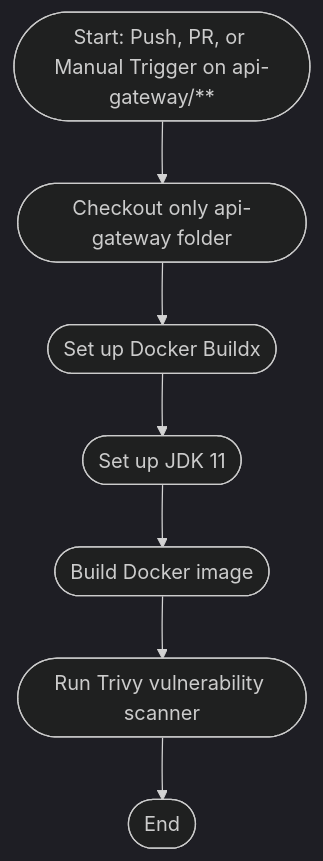
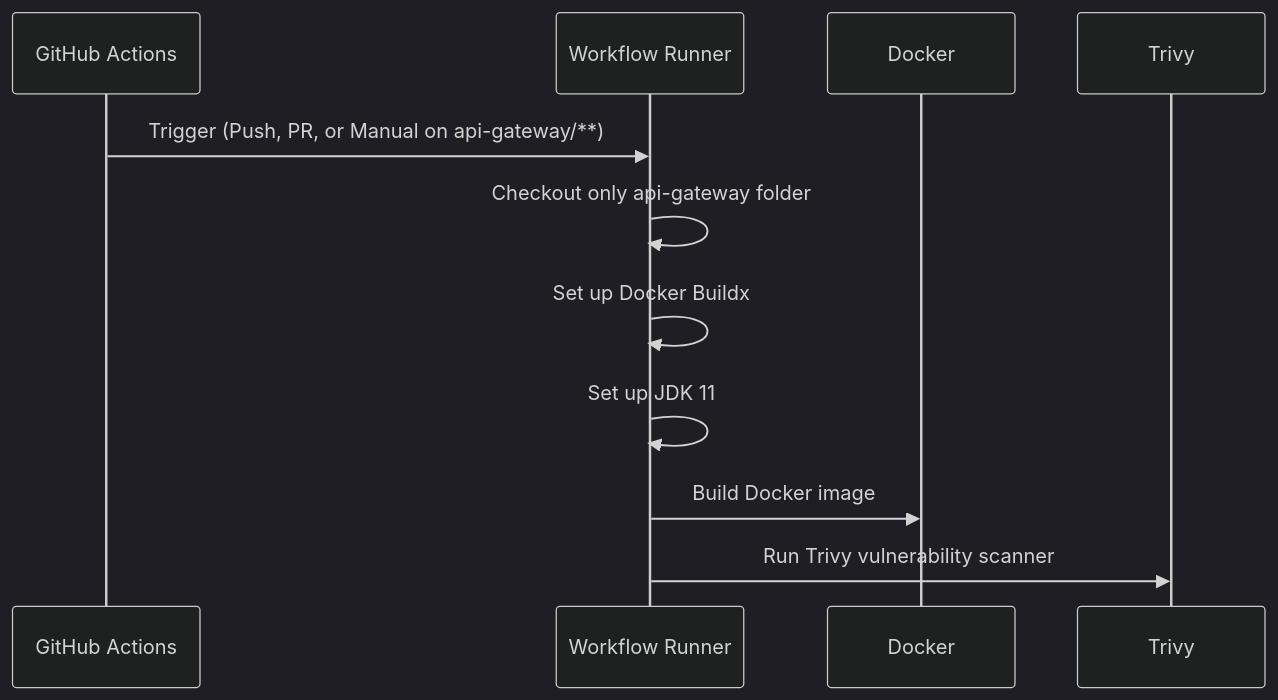
One commit to FelipeBarretoB/ecommerce-microservice-backend-app changed the fifth of 5 diagrams in README.md. Above: the diagram before and after it, drawn with Mermaid (dark theme). The commit also changed other lines of this file, not shown here.

Commit message:
chore: changed from flow diagrams to sequence diagrams

````diff
--- a/README.md
+++ b/README.md
@@ -268,17 +255,14 @@
 ```mermaid
-flowchart TD
-    A([Start: Push, PR, or Manual Trigger on api-gateway/**])
-    B([Checkout only api-gateway folder])
-    C([Set up Docker Buildx])
-    D([Set up JDK 11])
-    E([Build Docker image])
-    F([Run Trivy vulnerability scanner])
-    G([End])
+sequenceDiagram
+    participant GitHub as GitHub Actions
+    participant Runner as Workflow Runner
+    participant Docker as Docker
+    participant Trivy as Trivy
 
-    A --> B
-    B --> C
-    C --> D
-    D --> E
-    E --> F
-    F --> G
+    GitHub->>Runner: Trigger (Push, PR, or Manual on api-gateway/**)
+    Runner->>Runner: Checkout only api-gateway folder
+    Runner->>Runner: Set up Docker Buildx
+    Runner->>Runner: Set up JDK 11
+    Runner->>Docker: Build Docker image
+    Runner->>Trivy: Run Trivy vulnerability scanner
 ```
````
